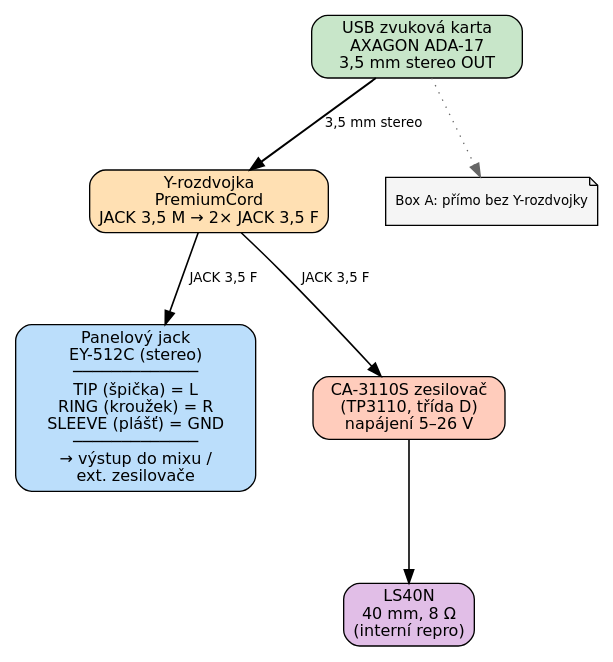
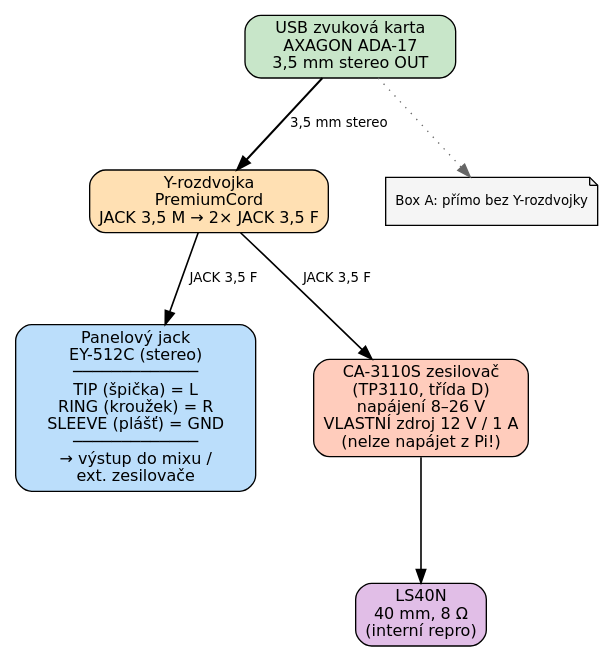
The diagram in docs/dot/sch_06b_box_b_audio.dot (K0F/1938_ABC), drawn with Graphviz before and after one commit. The commit also changed 8 other files, not shown here.

```diff
--- a/docs/dot/sch_06b_box_b_audio.dot
+++ b/docs/dot/sch_06b_box_b_audio.dot
@@ -1,28 +1,28 @@
 // SCH §3 — BOX B Audio chain
 digraph G {
     graph [fontname="DejaVu Sans" rankdir=TB bgcolor="white" nodesep=0.6 ranksep=0.8];
 node [fontname="DejaVu Sans" fontsize=12 style="filled"];
 edge [fontname="DejaVu Sans" fontsize=10];
 
 // Source
 zvuk [label="USB zvuková karta\nAXAGON ADA-17\n3,5 mm stereo OUT" shape=box style="filled,rounded" fillcolor="#c8e6c9" width=2.2];
 
 // Y-splitter
 y [label="Y-rozdvojka\nPremiumCord\nJACK 3,5 M → 2× JACK 3,5 F" shape=box style="filled,rounded" fillcolor="#ffe0b3" width=2.2];
 
 // Outputs
 panel [label="Panelový jack\nEY-512C (stereo)\n─────────────\nTIP (špička) = L\nRING (kroužek) = R\nSLEEVE (plášť) = GND\n─────────────\n→ výstup do mixu /\next. zesilovače" shape=box style="filled,rounded" fillcolor="#bbdefb" width=2.5];
 
-amp [label="CA-3110S zesilovač\n(TP3110, třída D)\nnapájení 5–26 V" shape=box style="filled,rounded" fillcolor="#ffccbc" width=2];
+amp [label="CA-3110S zesilovač\n(TP3110, třída D)\nnapájení 8–26 V\nVLASTNÍ zdroj 12 V / 1 A\n(nelze napájet z Pi!)" shape=box style="filled,rounded" fillcolor="#ffccbc" width=2];
 repro [label="LS40N\n40 mm, 8 Ω\n(interní repro)" shape=box style="filled,rounded" fillcolor="#e1bee7"];
 
 // Edges
 zvuk -> y [label="  3,5 mm stereo  " penwidth=1.5];
 y -> panel [label="  JACK 3,5 F  " penwidth=1.2];
 y -> amp [label="  JACK 3,5 F  " penwidth=1.2];
 amp -> repro [label="  " penwidth=1.2];
 
 // Notes
 note1 [label="Box A: přímo bez Y-rozdvojky" shape=note fillcolor="#f5f5f5" fontsize=10];
 zvuk -> note1 [style=dotted color="#666666"];
 }
```
